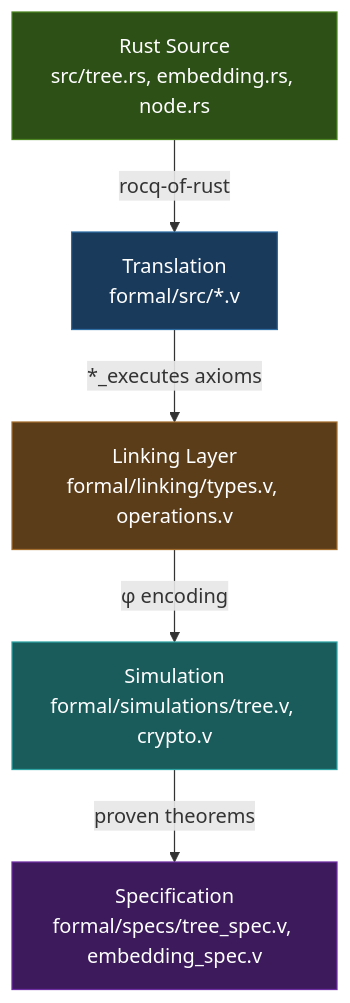
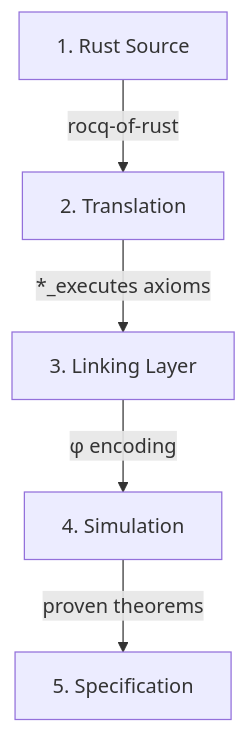
The diagram in docs/RUST_MODEL_COMPARISON.md (igor53627/ubt-rs), drawn with Mermaid before and after one commit.

Commit message:
docs: Simplify Mermaid diagram - no custom colors, cleaner labels

````diff
--- a/docs/RUST_MODEL_COMPARISON.md
+++ b/docs/RUST_MODEL_COMPARISON.md
@@ -9,13 +9,13 @@
 ```mermaid
 flowchart TD
-    A[Rust Source<br/>src/tree.rs, embedding.rs, node.rs] -->|rocq-of-rust| B[Translation<br/>formal/src/*.v]
-    B -->|*_executes axioms| C[Linking Layer<br/>formal/linking/types.v, operations.v]
-    C -->|φ encoding| D[Simulation<br/>formal/simulations/tree.v, crypto.v]
-    D -->|proven theorems| E[Specification<br/>formal/specs/tree_spec.v, embedding_spec.v]
+    A["1. Rust Source"]
+    B["2. Translation"]
+    C["3. Linking Layer"]
+    D["4. Simulation"]
+    E["5. Specification"]
 
-    style A fill:#2d5016,stroke:#4a8522,color:#fff
-    style B fill:#1a3a5c,stroke:#2d6da3,color:#fff
-    style C fill:#5c3d1a,stroke:#a36d2d,color:#fff
-    style D fill:#1a5c5c,stroke:#2da3a3,color:#fff
-    style E fill:#3d1a5c,stroke:#6d2da3,color:#fff
+    A -->|rocq-of-rust| B
+    B -->|*_executes axioms| C
+    C -->|φ encoding| D
+    D -->|proven theorems| E
 ```
````
